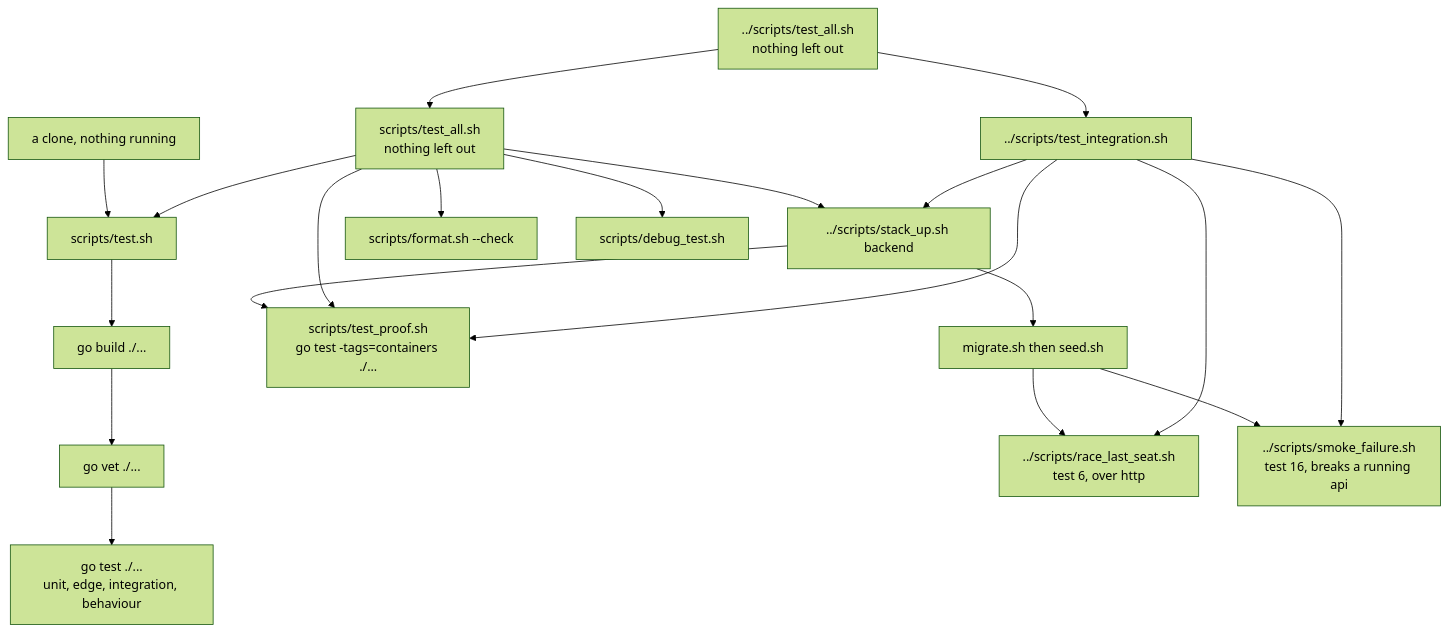
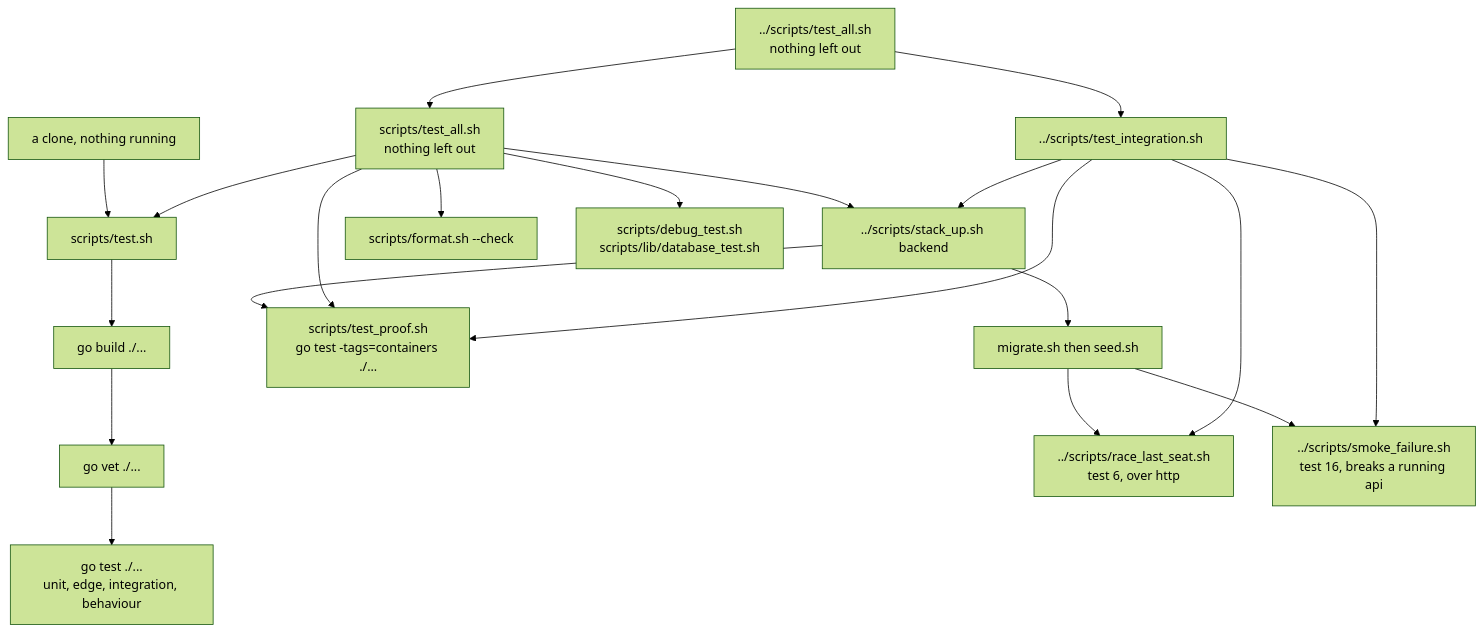
The first of 16 diagrams in backend/tests-and-diagram.md (prothegee/ottodot-trial-booking_seat), drawn with Mermaid (forest theme) before and after one commit. The commit also changed other lines of this file, not shown here.

Commit message:
add the database library suite command

````diff
--- a/backend/tests-and-diagram.md
+++ b/backend/tests-and-diagram.md
@@ -14,26 +14,26 @@
 ```mermaid
 flowchart TD
     dev["a clone, nothing running"] --> fast["scripts/test.sh"]
     fast --> build["go build ./..."]
     build --> vet["go vet ./..."]
     vet --> four["go test ./...<br/>unit, edge, integration, behaviour"]
 
     up["../scripts/stack_up.sh backend"] --> proof["scripts/test_proof.sh<br/>go test -tags=containers ./..."]
     up --> seeded["migrate.sh then seed.sh"]
     seeded --> race["../scripts/race_last_seat.sh<br/>test 6, over http"]
     seeded --> broke["../scripts/smoke_failure.sh<br/>test 16, breaks a running api"]
 
     every["scripts/test_all.sh<br/>nothing left out"] --> format["scripts/format.sh --check"]
     every --> fast
-    every --> guards["scripts/debug_test.sh"]
+    every --> guards["scripts/debug_test.sh<br/>scripts/lib/database_test.sh"]
     every --> up
     every --> proof
 
     all["../scripts/test_integration.sh"] --> up
     all --> proof
     all --> race
     all --> broke
 
     repo["../scripts/test_all.sh<br/>nothing left out"] --> every
     repo --> all
 ```
````
